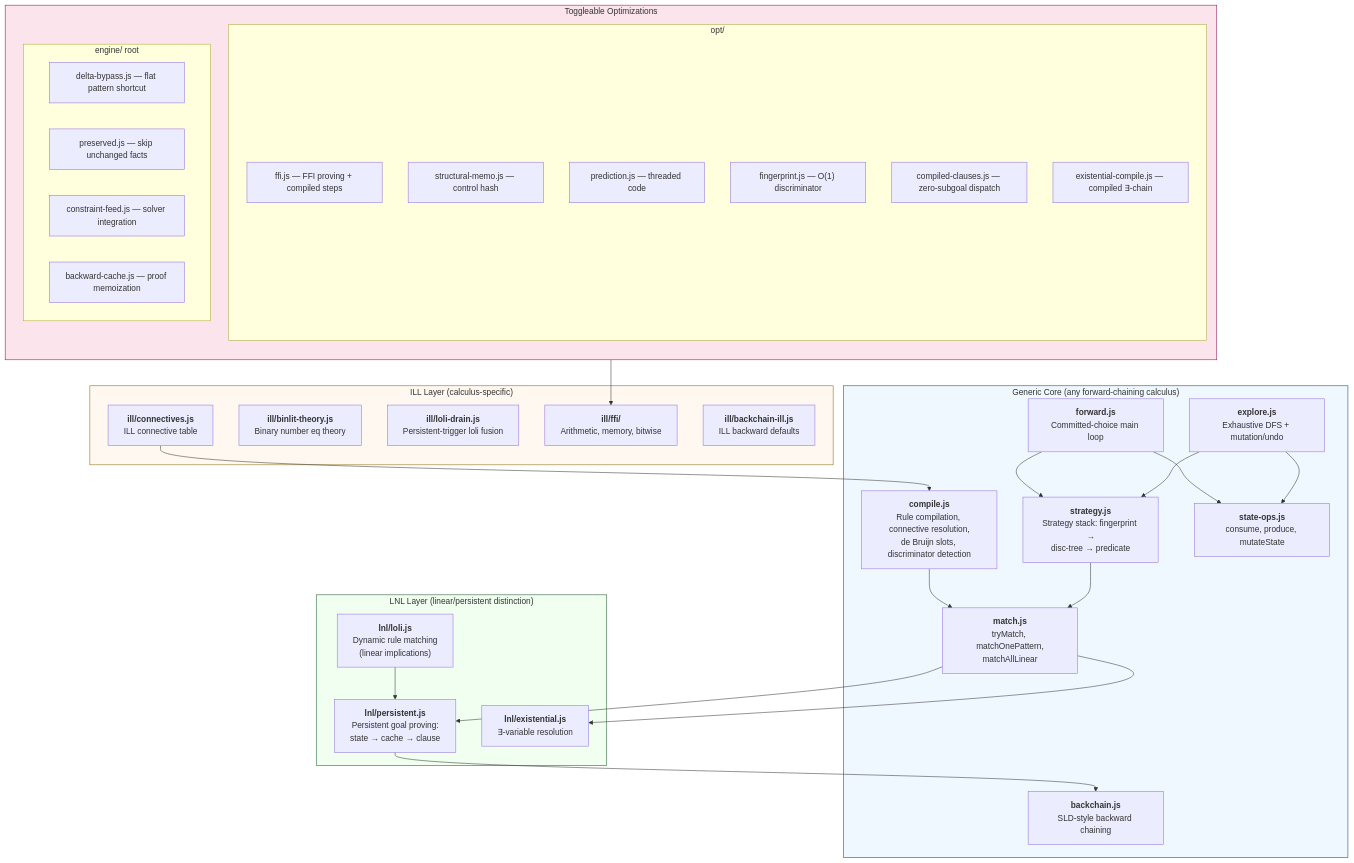
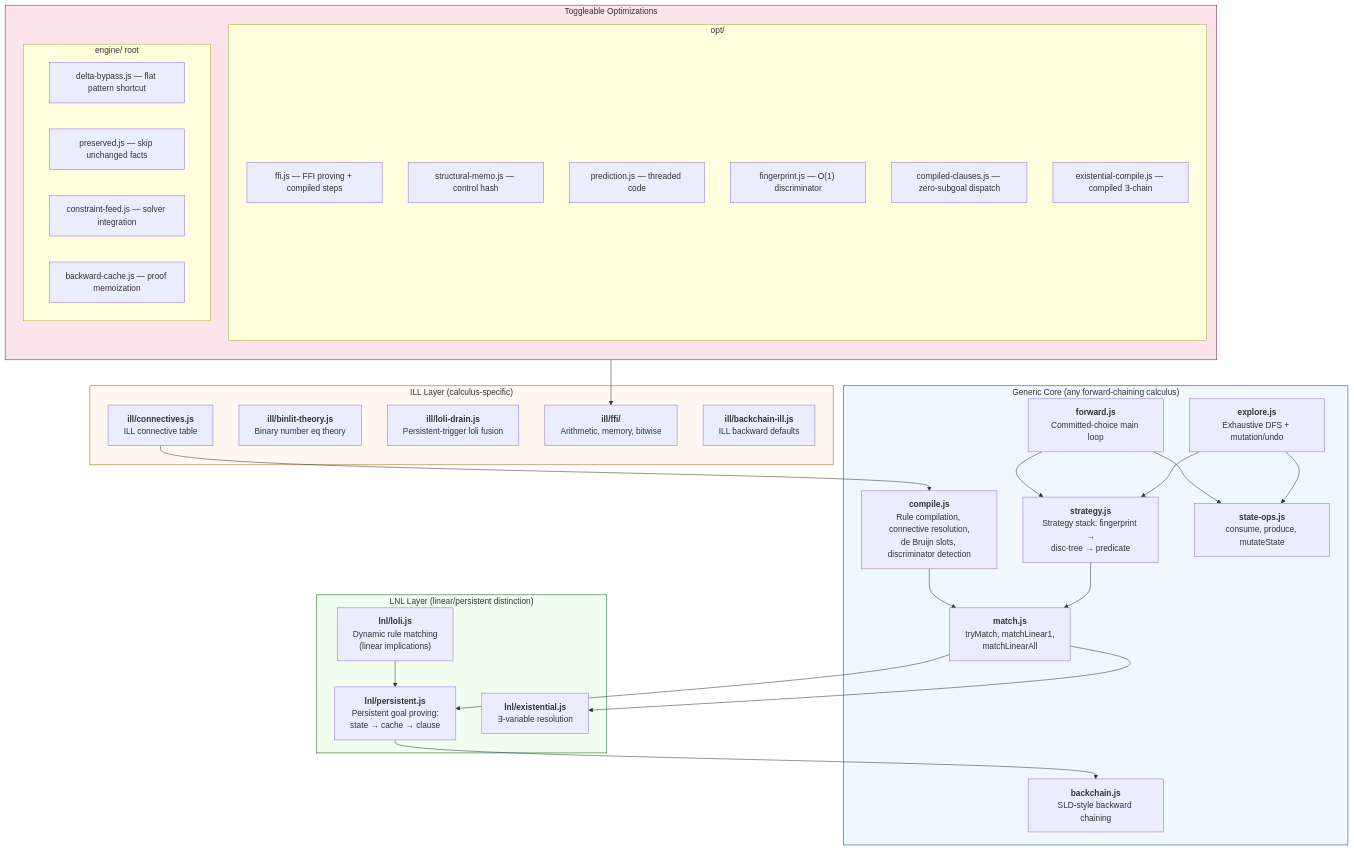
The first of 7 diagrams in doc/documentation/forward-chaining-engine.md (mhhf/calc), drawn with Mermaid before and after one commit. The commit also changed other lines of this file and 127 other files, not shown here.

````diff
--- a/doc/documentation/forward-chaining-engine.md
+++ b/doc/documentation/forward-chaining-engine.md
@@ -17,62 +17,62 @@
 ```mermaid
 graph TB
     subgraph Generic["Generic Core (any forward-chaining calculus)"]
         COMPILE["<b>compile.js</b><br/>Rule compilation, connective resolution,<br/>de Bruijn slots, discriminator detection"]
-        MATCH["<b>match.js</b><br/>tryMatch, matchOnePattern,<br/>matchAllLinear"]
+        MATCH["<b>match.js</b><br/>tryMatch, matchLinear1,<br/>matchLinearAll"]
         STRATEGY["<b>strategy.js</b><br/>Strategy stack: fingerprint →<br/>disc-tree → predicate"]
         FORWARD["<b>forward.js</b><br/>Committed-choice main loop"]
         EXPLORE["<b>explore.js</b><br/>Exhaustive DFS + mutation/undo"]
         STATEOPS["<b>state-ops.js</b><br/>consume, produce, mutateState"]
         BACKCHAIN["<b>backchain.js</b><br/>SLD-style backward chaining"]
     end
 
     subgraph LNL["LNL Layer (linear/persistent distinction)"]
         PERSISTENT["<b>lnl/persistent.js</b><br/>Persistent goal proving:<br/>state → cache → clause"]
         LOLI["<b>lnl/loli.js</b><br/>Dynamic rule matching<br/>(linear implications)"]
         EXIST["<b>lnl/existential.js</b><br/>∃-variable resolution"]
     end
 
     subgraph ILL["ILL Layer (calculus-specific)"]
         CONN["<b>ill/connectives.js</b><br/>ILL connective table"]
         BINLIT["<b>ill/binlit-theory.js</b><br/>Binary number eq theory"]
         DRAIN["<b>ill/loli-drain.js</b><br/>Persistent-trigger loli fusion"]
         FFI["<b>ill/ffi/</b><br/>Arithmetic, memory, bitwise"]
         BCILL["<b>ill/backchain-ill.js</b><br/>ILL backward defaults"]
     end
 
     subgraph Opt["Toggleable Optimizations"]
         direction TB
         subgraph OptDir["opt/"]
             OPT_FFI["ffi.js — FFI proving + compiled steps"]
             OPT_MEMO["structural-memo.js — control hash"]
             OPT_PRED["prediction.js — threaded code"]
             OPT_FP["fingerprint.js — O(1) discriminator"]
             OPT_CC["compiled-clauses.js — zero-subgoal dispatch"]
             OPT_EC["existential-compile.js — compiled ∃-chain"]
         end
         subgraph EngRoot["engine/ root"]
             OPT_DELTA["delta-bypass.js — flat pattern shortcut"]
             OPT_PRES["preserved.js — skip unchanged facts"]
             OPT_CONS["constraint-feed.js — solver integration"]
             OPT_CACHE["backward-cache.js — proof memoization"]
         end
     end
 
     COMPILE --> MATCH
     MATCH --> PERSISTENT
     MATCH --> EXIST
     STRATEGY --> MATCH
     FORWARD --> STRATEGY
     EXPLORE --> STRATEGY
     FORWARD --> STATEOPS
     EXPLORE --> STATEOPS
     PERSISTENT --> BACKCHAIN
     LOLI --> PERSISTENT
     OPT_FFI --> FFI
     CONN --> COMPILE
 
     style Generic fill:#f0f8ff,stroke:#004085
     style LNL fill:#f0fff0,stroke:#155724
     style ILL fill:#fff8f0,stroke:#856404
     style Opt fill:#fce4ec,stroke:#880e4f
 ```
````
